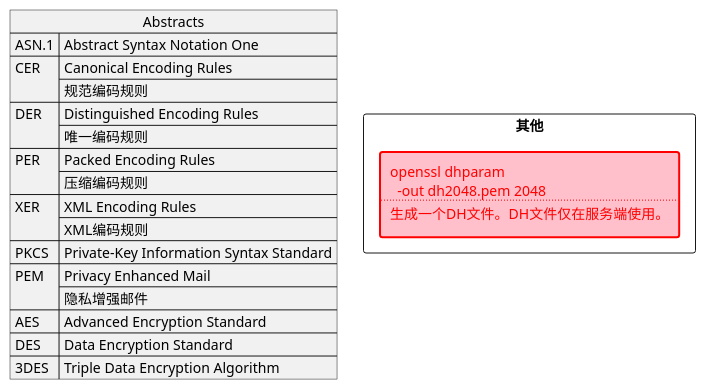
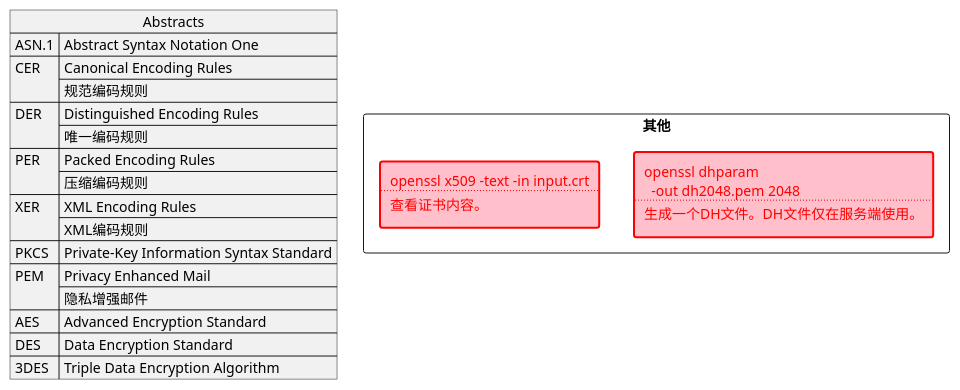
One commit to zeerd/zeerd.github.io changed the fourth of 4 diagrams in _posts/2022-09-11-openssl-key-cert.md. Above: the diagram before and after it, drawn with PlantUML. The commit also changed 3 other files, not shown here.

````diff
--- a/_posts/2022-09-11-openssl-key-cert.md
+++ b/_posts/2022-09-11-openssl-key-cert.md
@@ -222,30 +222,30 @@
 ```plantuml
 allowmixing
 
 rectangle "其他" as others {
   rectangle os_dh #pink;line:red;line.bold;text:red [
     openssl dhparam
       -out dh2048.pem 2048
     ....
     生成一个DH文件。DH文件仅在服务端使用。
   ]
-  rectangle os_dh #pink;line:red;line.bold;text:red [
+  rectangle os_show #pink;line:red;line.bold;text:red [
     openssl x509 -text -in input.crt
     ....
     查看证书内容。
   ]
 }
 
 json Abstracts {
   "ASN.1": "Abstract Syntax Notation One",
   "CER": ["Canonical Encoding Rules", "规范编码规则"],
   "DER": ["Distinguished Encoding Rules", "唯一编码规则"],
   "PER": ["Packed Encoding Rules", "压缩编码规则"],
   "XER": ["XML Encoding Rules", "XML编码规则"],
   "PKCS": "Private-Key Information Syntax Standard",
   "PEM": ["Privacy Enhanced Mail", "隐私增强邮件"],
   "AES": "Advanced Encryption Standard",
   "DES": "Data Encryption Standard",
   "3DES": "Triple Data Encryption Algorithm"
 }
 ```
````
